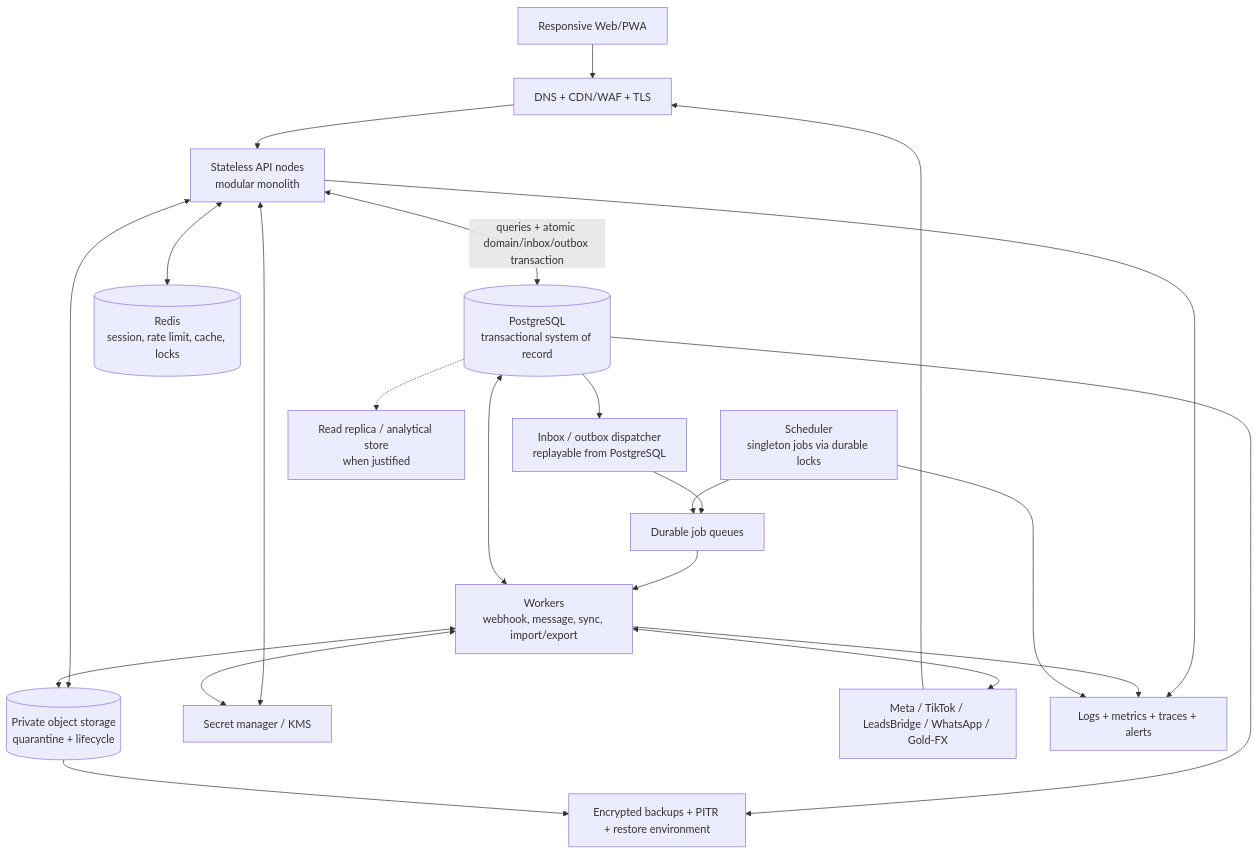
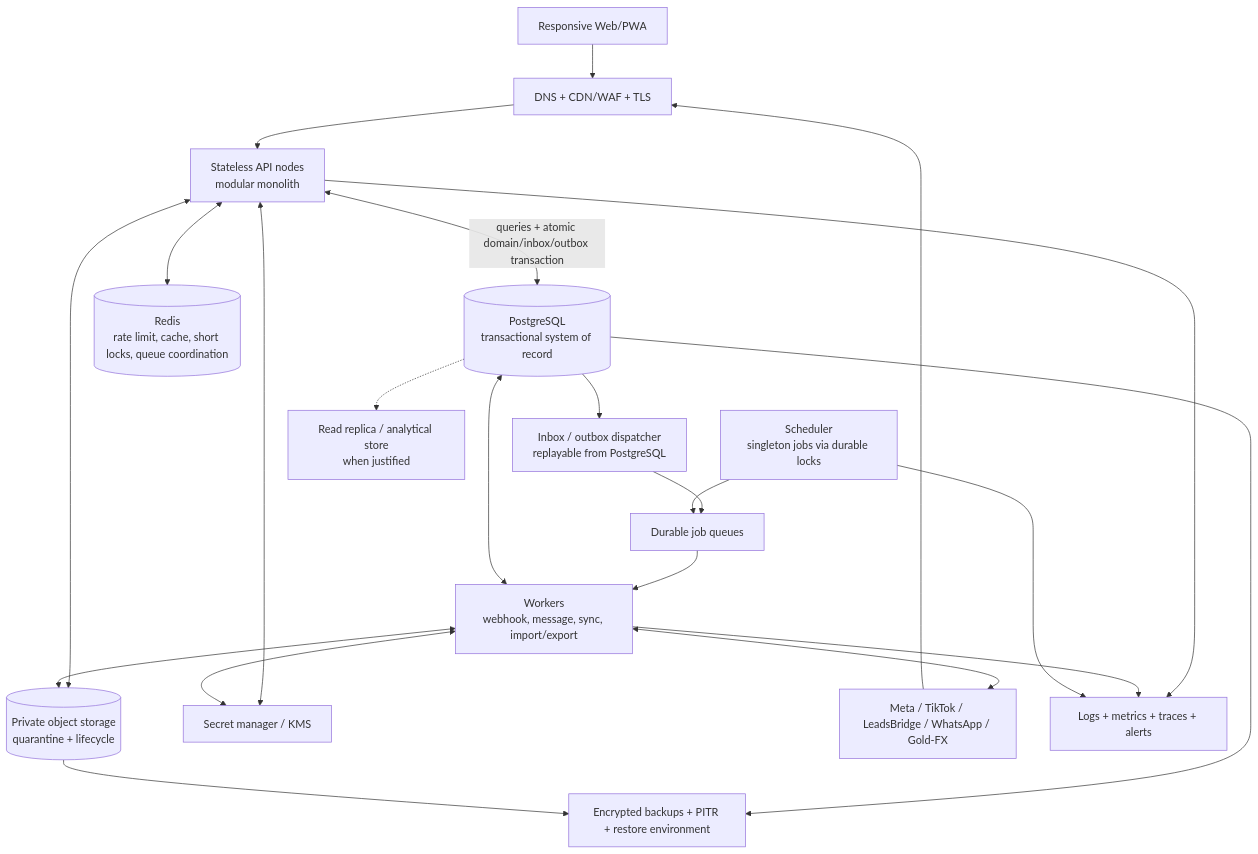
Before and after one commit to AqmalJupri/crmsalessalamland: the third of 3 diagrams in docs/CRM_PRODUCTION_PRD_V2_2026-07-15.md, drawn with Mermaid. The commit also changed other lines of this file and 157 other files, not shown here.

````diff
--- a/docs/CRM_PRODUCTION_PRD_V2_2026-07-15.md
+++ b/docs/CRM_PRODUCTION_PRD_V2_2026-07-15.md
@@ -631,39 +677,39 @@
 ```mermaid
 flowchart TB
     UI["Responsive Web/PWA"]
     EDGE["DNS + CDN/WAF + TLS"]
     API["Stateless API nodes<br/>modular monolith"]
     DB[("PostgreSQL<br/>transactional system of record")]
-    REDIS[("Redis<br/>session, rate limit, cache, locks")]
+    REDIS[("Redis<br/>rate limit, cache, short locks, queue coordination")]
     DISPATCH["Inbox / outbox dispatcher<br/>replayable from PostgreSQL"]
     QUEUE["Durable job queues"]
     WORKER["Workers<br/>webhook, message, sync, import/export"]
     SCHED["Scheduler<br/>singleton jobs via durable locks"]
     OBJ[("Private object storage<br/>quarantine + lifecycle")]
     SECRET["Secret manager / KMS"]
     PROVIDERS["Meta / TikTok / LeadsBridge / WhatsApp / Gold-FX"]
     OBS["Logs + metrics + traces + alerts"]
     BACKUP["Encrypted backups + PITR + restore environment"]
     BI["Read replica / analytical store<br/>when justified"]
 
     UI --> EDGE --> API
     API <-->|"queries + atomic domain/inbox/outbox transaction"| DB
     API <--> REDIS
     API <--> OBJ
     API <--> SECRET
     PROVIDERS --> EDGE
     DB --> DISPATCH
     DISPATCH --> QUEUE
     QUEUE --> WORKER
     SCHED --> QUEUE
     WORKER <--> DB
     WORKER <--> OBJ
     WORKER <--> SECRET
     WORKER <--> PROVIDERS
     API --> OBS
     WORKER --> OBS
     SCHED --> OBS
     DB --> BACKUP
     OBJ --> BACKUP
     DB -.-> BI
 ```
````
